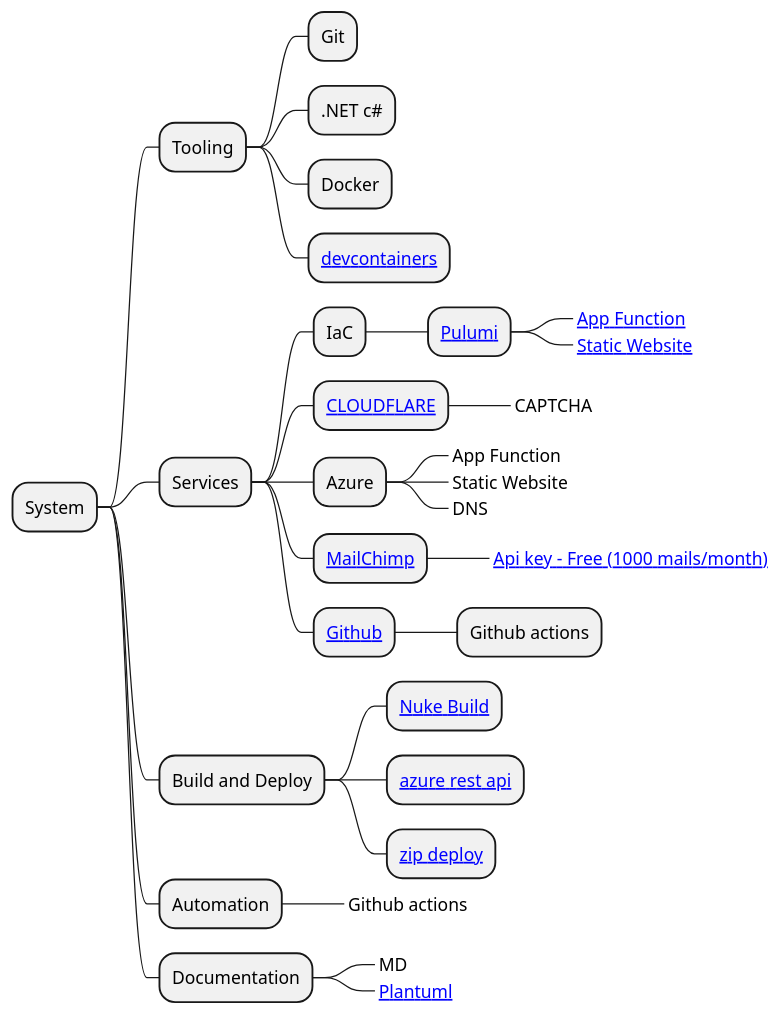
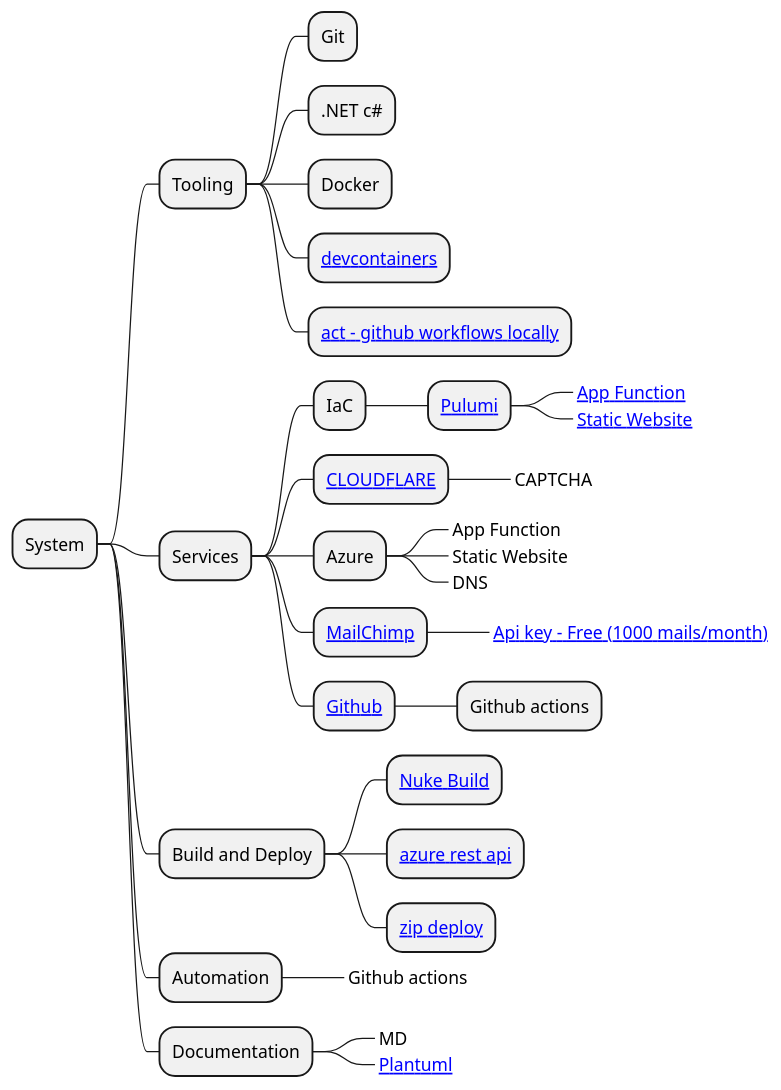
Before and after one commit to sukkergris/job-application: the diagram in Documentation/System-Overview.wsd, drawn with PlantUML. The commit also changed 5 other files, not shown here.

Commit message:
Using act for local test workflows

```diff
--- a/Documentation/System-Overview.wsd
+++ b/Documentation/System-Overview.wsd
@@ -1,34 +1,35 @@
 @startmindmap "System overview"
 * System
 ** Tooling
 *** Git
 *** .NET c#
 *** Docker
 *** [[https://code.visualstudio.com/docs/devcontainers/containers devcontainers]]
+*** [[https://github.com/nektos/act act - github workflows locally]]
 ** Services
 *** IaC
 **** [[https://www.pulumi.com/ Pulumi]]
 *****_ [[https://www.pulumi.com/registry/packages/azure/api-docs/appservice/functionapp/ App Function]]
 *****_ [[https://www.pulumi.com/templates/static-website/azure/ Static Website]]
 *** [[https://www.cloudflare.com CLOUDFLARE]]
 ****_ CAPTCHA
 *** Azure
 ****_ App Function
 ****_ Static Website
 ****_ DNS
 *** [[https://mailchimp.com MailChimp]]
 ****_ [[https://us8.admin.mailchimp.com/account/client-key/ Api key - Free (1000 mails/month)]]
 *** [[https://github.com/ Github]]
 **** Github actions
 ** Build and Deploy
 *** [[https://nuke.build/ Nuke Build]]
 *** [[https://learn.microsoft.com/en-us/rest/api/azure/ azure rest api]]
 *** [[https://learn.microsoft.com/en-us/azure/azure-functions/deployment-zip-push zip deploy]]
 ** Automation
 ***_ Github actions
 
 ** Documentation
 ***_ MD
 ***_ [[https://plantuml.com/ Plantuml]]
 
 @endmindmap
```
